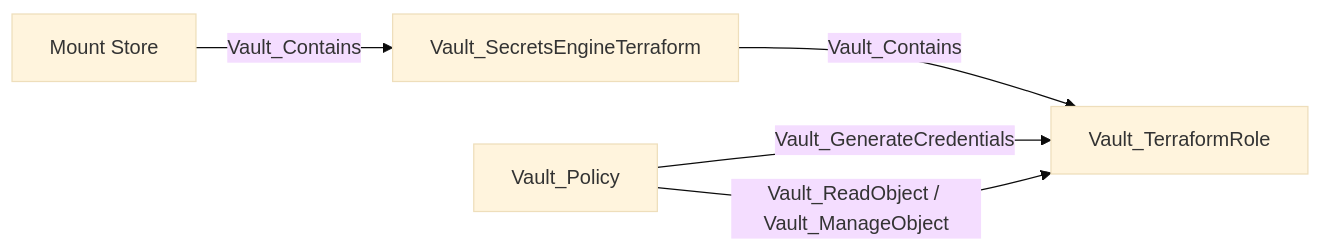
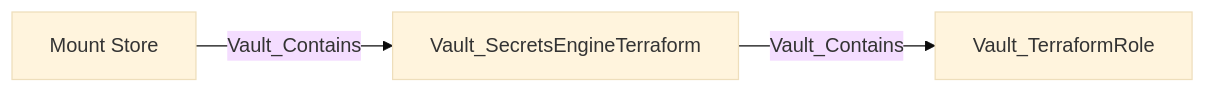
Diagram 24 of 29 in Documentation/stores/MOUNTS.md (bytewreck/opengraph-vault), drawn with Mermaid (base theme) before and after one commit. The commit also changed other lines of this file and 3 other files, not shown here.

````diff
--- a/Documentation/stores/MOUNTS.md
+++ b/Documentation/stores/MOUNTS.md
@@ -444,7 +416,5 @@
 ```mermaid
 flowchart LR
     store[Mount Store] -->|Vault_Contains| mount[Vault_SecretsEngineTerraform]
     mount -->|Vault_Contains| role[Vault_TerraformRole]
-    policy[Vault_Policy] -->|Vault_GenerateCredentials| role
-    policy -->|Vault_ReadObject / Vault_ManageObject| role
 ```
````
